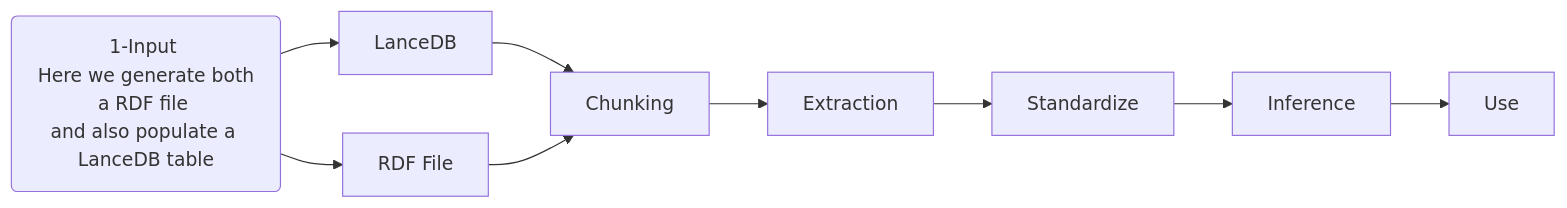
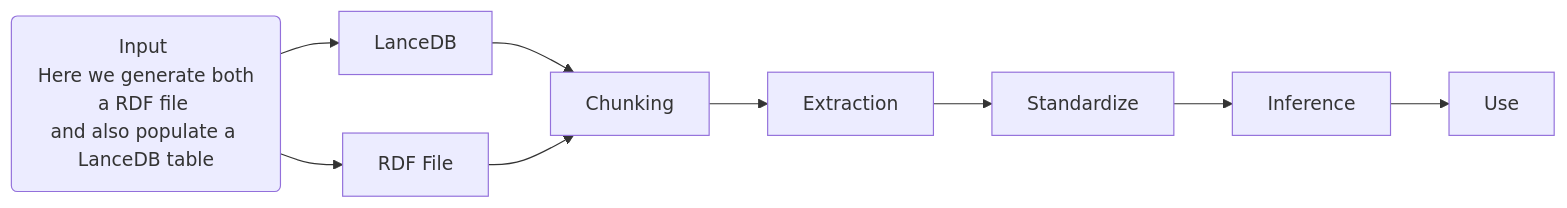
The diagram in architecture/README.md (OHDSI/gaiaCatalog), drawn with Mermaid before and after one commit. The commit also changed other lines of this file and 34 other files, not shown here.

First line of the commit message:
Delete large NT output file from architecture/6-use/qlever

````diff
--- a/architecture/README.md
+++ b/architecture/README.md
@@ -25,11 +62,11 @@
 ```mermaid
 flowchart LR
 
-Input("1-Input \n Here we generate both a RDF file \nand also populate a LanceDB table")
+Input("Input \n Here we generate both a RDF file \nand also populate a LanceDB table")
 
 Input --> RDF["RDF File"]
 Input --> LDB["LanceDB"]
 
 LDB --> Chunk["Chunking"]
 RDF --> Chunk --> Extraction --> Standardize --> Inference --> Use
 ```
````
